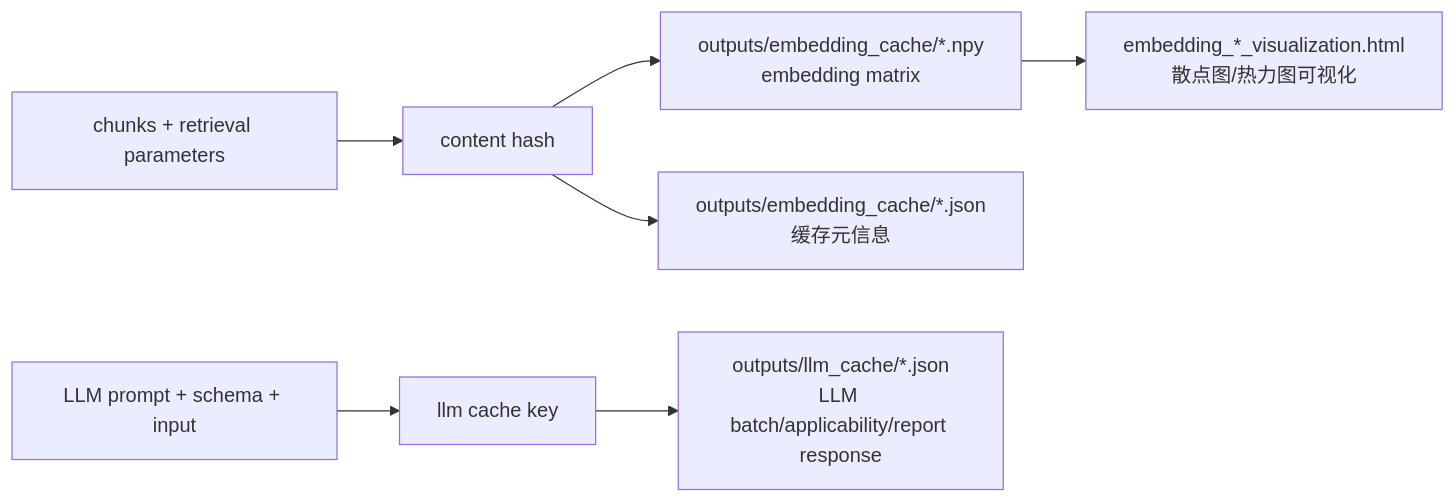
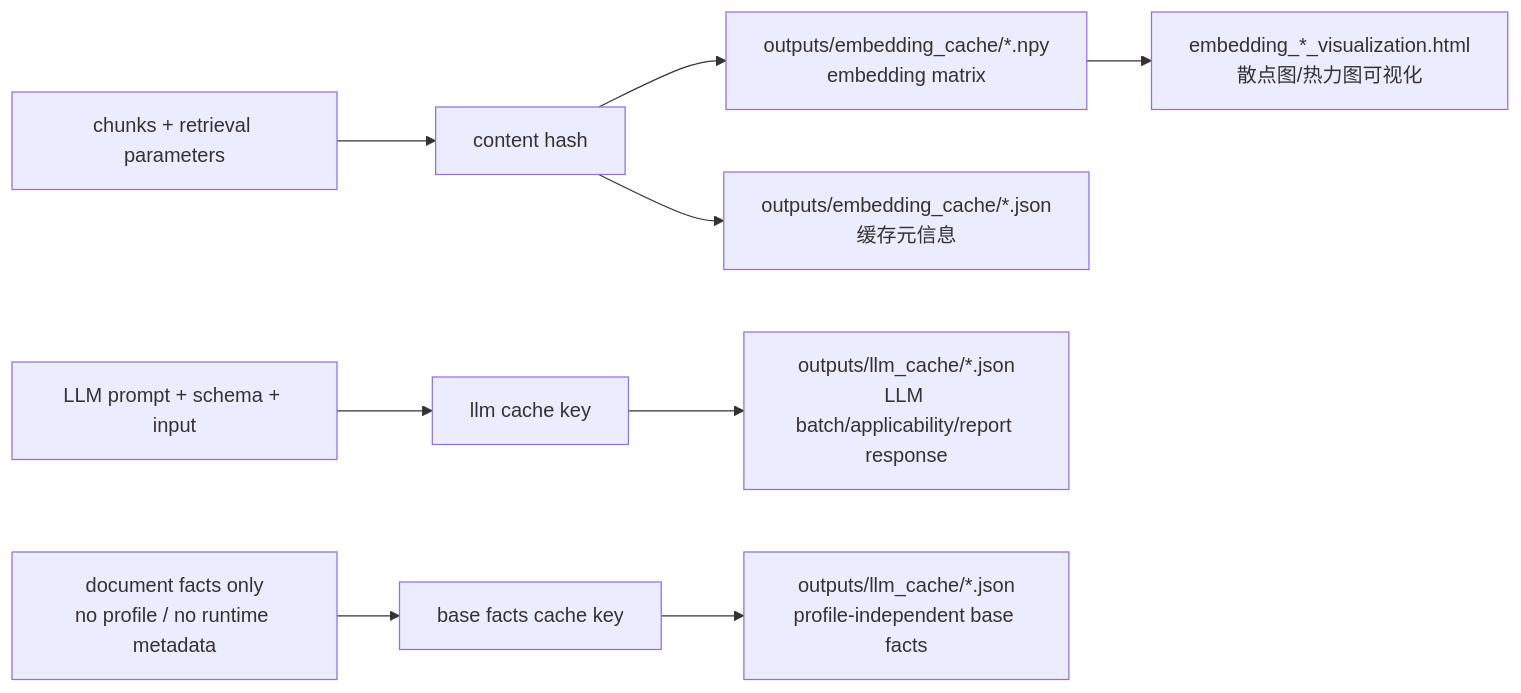
One commit to yasu-isct/flie-extract changed the fourth of 4 diagrams in docs/architecture.md. Above: the diagram before and after it, drawn with Mermaid. The commit also changed other lines of this file and 5 other files, not shown here.

Commit message:
Add profile independent base facts cache

````diff
--- a/docs/architecture.md
+++ b/docs/architecture.md
@@ -146,10 +149,13 @@
 ```mermaid
 flowchart LR
     chunks["chunks + retrieval parameters"] --> eh["content hash"]
     eh --> npy["outputs/embedding_cache/*.npy\nembedding matrix"]
     eh --> meta["outputs/embedding_cache/*.json\n缓存元信息"]
     npy --> viz["embedding_*_visualization.html\n散点图/热力图可视化"]
 
     batches["LLM prompt + schema + input"] --> lh["llm cache key"]
     lh --> ljson["outputs/llm_cache/*.json\nLLM batch/applicability/report response"]
+
+    facts["document facts only\nno profile / no runtime metadata"] --> bh["base facts cache key"]
+    bh --> bjson["outputs/llm_cache/*.json\nprofile-independent base facts"]
 ```
````
